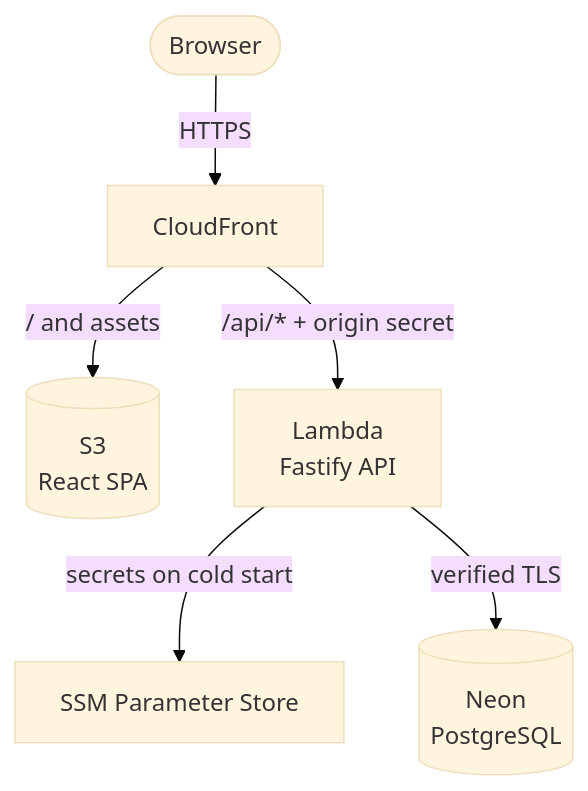
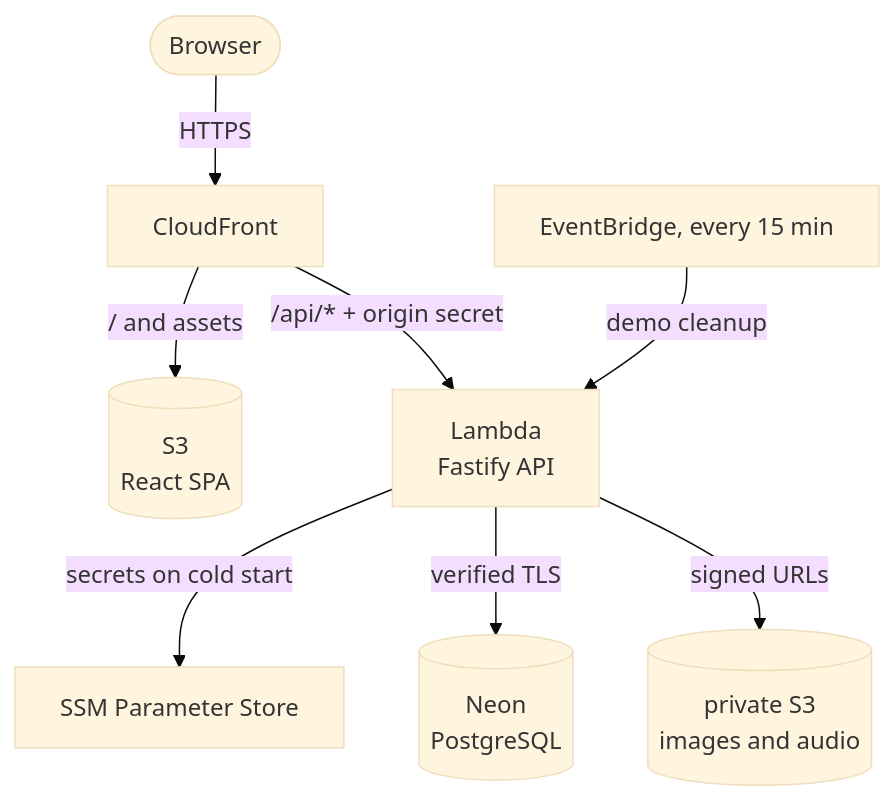
The diagram in src/content/projects/memorization.md (joaolaureano/portfolio), drawn with Mermaid (base theme) before and after one commit. The commit also changed other lines of this file, not shown here.

Commit message:
Update memorization: features and architecture, drop process and what's next

````diff
--- a/src/content/projects/memorization.md
+++ b/src/content/projects/memorization.md
@@ -49,8 +42,10 @@
 ```mermaid
 flowchart TD
     U([Browser]) -->|HTTPS| CF[CloudFront]
     CF -->|/ and assets| S3[(S3<br/>React SPA)]
     CF -->|/api/* + origin secret| L[Lambda<br/>Fastify API]
     L -->|secrets on cold start| SSM[SSM Parameter Store]
     L -->|verified TLS| DB[(Neon<br/>PostgreSQL)]
+    L -->|signed URLs| M[(private S3<br/>images and audio)]
+    EB[EventBridge, every 15 min] -->|demo cleanup| L
 ```
````
